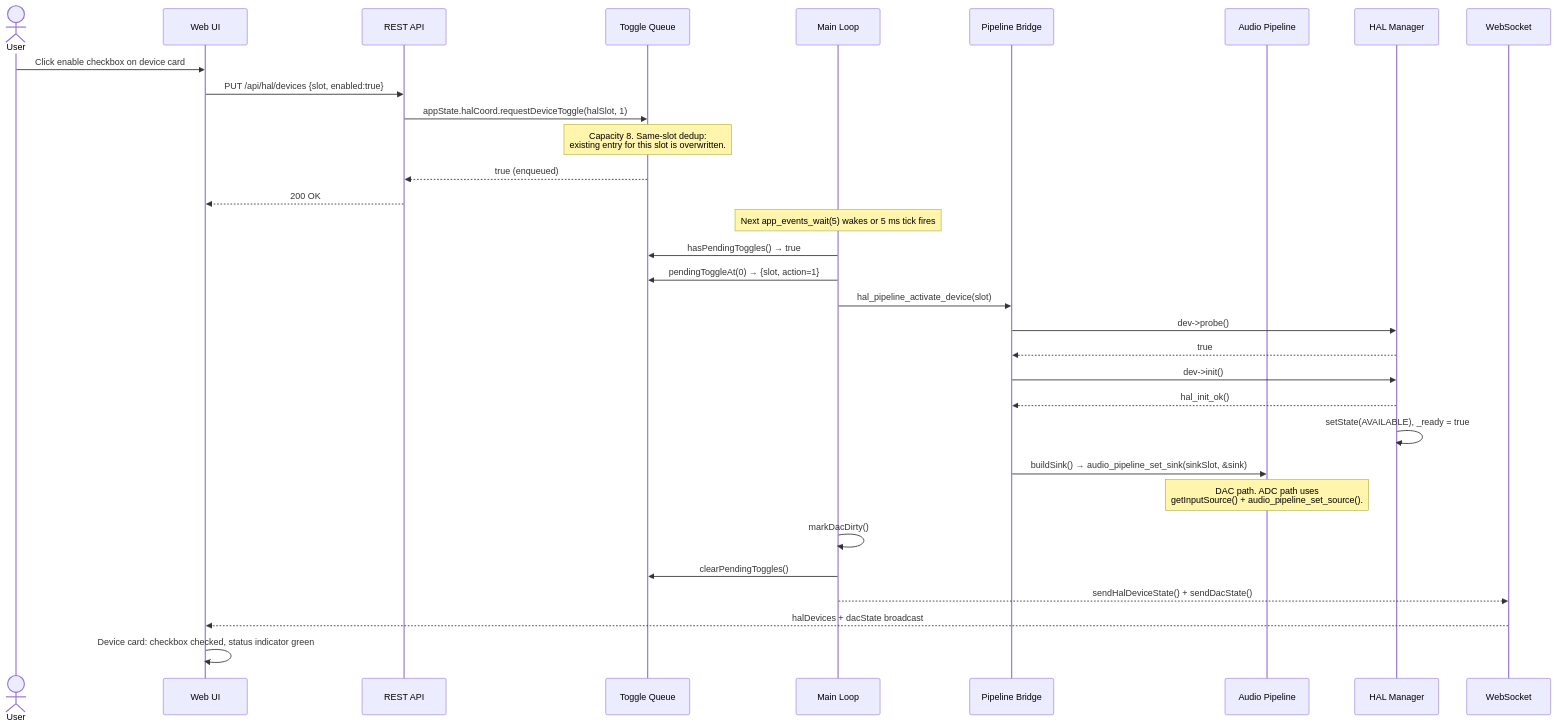
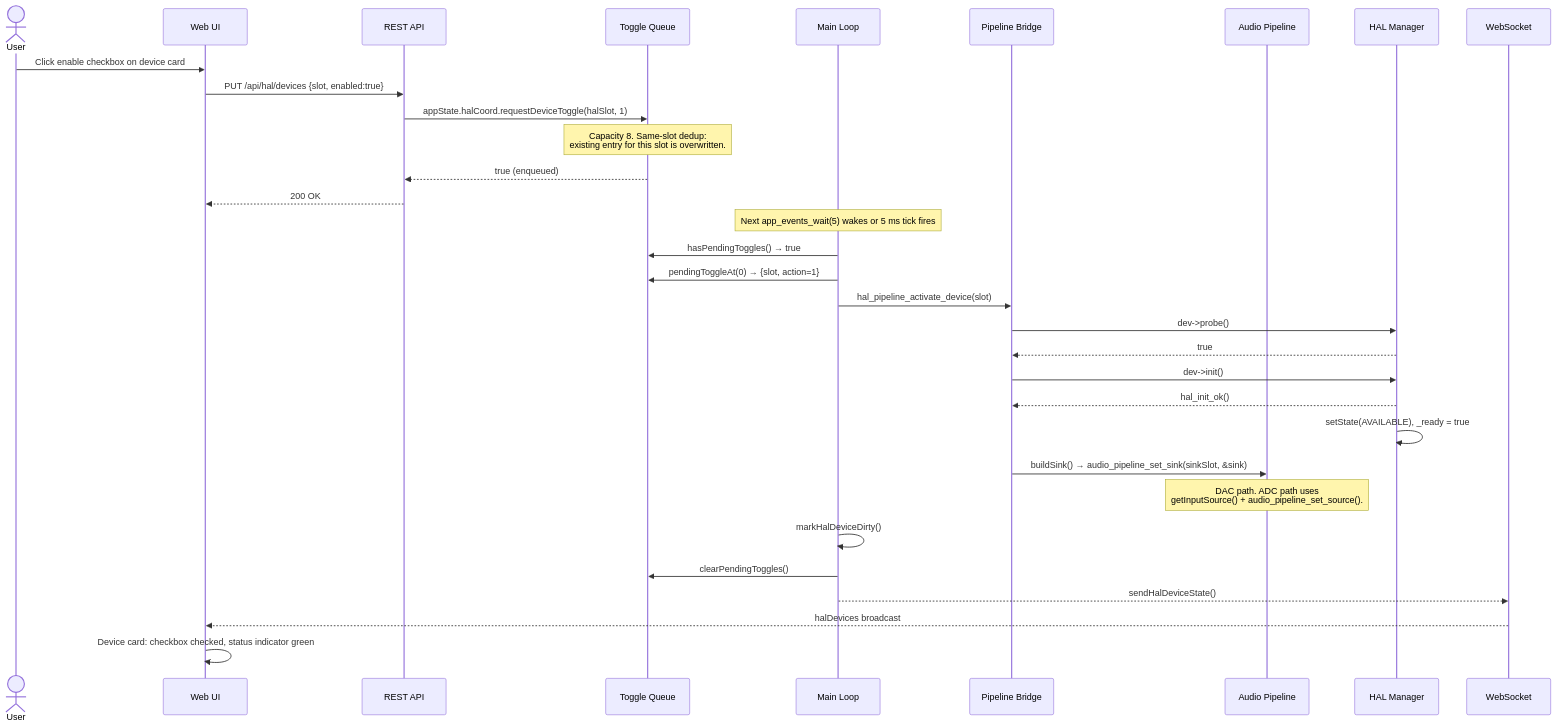
The first of 3 diagrams in docs-site/docs/developer/user-flows/device-toggle.md (Schmackos/ALX_Nova_Controller_2), drawn with Mermaid before and after one commit. The commit also changed other lines of this file and 24 other files, not shown here.

First line of the commit message:
refactor: remove legacy DAC API, move EEPROM to HAL namespace (#73)

````diff
--- a/docs-site/docs/developer/user-flows/device-toggle.md
+++ b/docs-site/docs/developer/user-flows/device-toggle.md
@@ -27,40 +27,40 @@
 ```mermaid
 sequenceDiagram
     actor User
     participant WebUI as Web UI
     participant REST as REST API
     participant Queue as Toggle Queue
     participant MainLoop as Main Loop
     participant Bridge as Pipeline Bridge
     participant Pipeline as Audio Pipeline
     participant HAL as HAL Manager
     participant WS as WebSocket
 
     User->>WebUI: Click enable checkbox on device card
     WebUI->>REST: PUT /api/hal/devices {slot, enabled:true}
 
     REST->>Queue: appState.halCoord.requestDeviceToggle(halSlot, 1)
     Note over Queue: Capacity 8. Same-slot dedup:<br/>existing entry for this slot is overwritten.
     Queue-->>REST: true (enqueued)
     REST-->>WebUI: 200 OK
 
     Note over MainLoop: Next app_events_wait(5) wakes or 5 ms tick fires
     MainLoop->>Queue: hasPendingToggles() → true
     MainLoop->>Queue: pendingToggleAt(0) → {slot, action=1}
 
     MainLoop->>Bridge: hal_pipeline_activate_device(slot)
     Bridge->>HAL: dev->probe()
     HAL-->>Bridge: true
     Bridge->>HAL: dev->init()
     HAL-->>Bridge: hal_init_ok()
 
     HAL->>HAL: setState(AVAILABLE), _ready = true
     Bridge->>Pipeline: buildSink() → audio_pipeline_set_sink(sinkSlot, &sink)
     Note over Pipeline: DAC path. ADC path uses<br/>getInputSource() + audio_pipeline_set_source().
 
-    MainLoop->>MainLoop: markDacDirty()
+    MainLoop->>MainLoop: markHalDeviceDirty()
     MainLoop->>Queue: clearPendingToggles()
-    MainLoop-->>WS: sendHalDeviceState() + sendDacState()
-    WS-->>WebUI: halDevices + dacState broadcast
+    MainLoop-->>WS: sendHalDeviceState()
+    WS-->>WebUI: halDevices broadcast
     WebUI->>WebUI: Device card: checkbox checked, status indicator green
 ```
````
